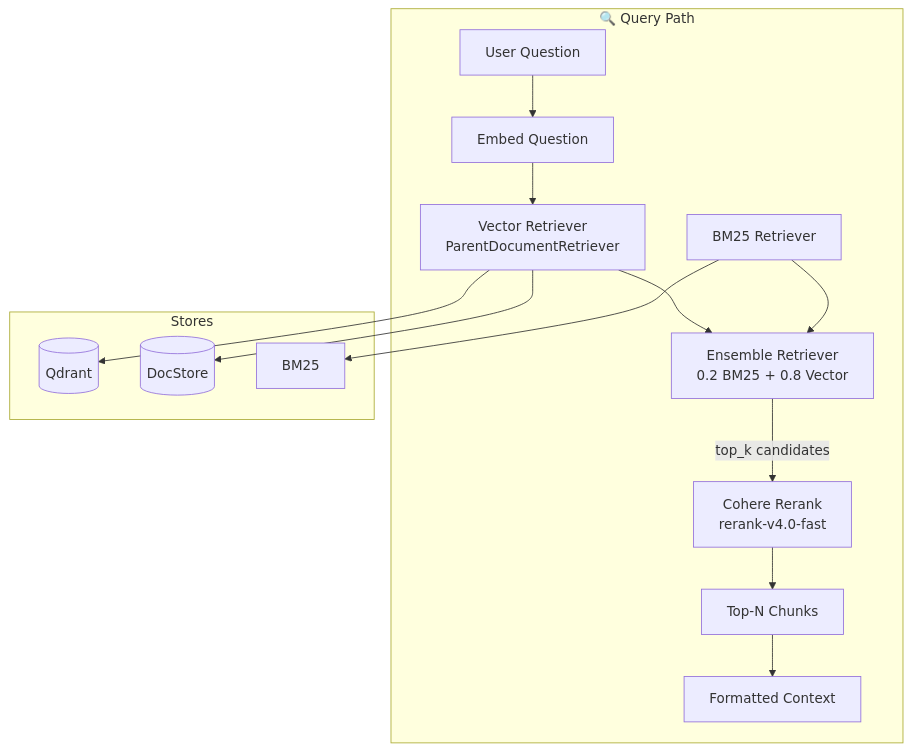
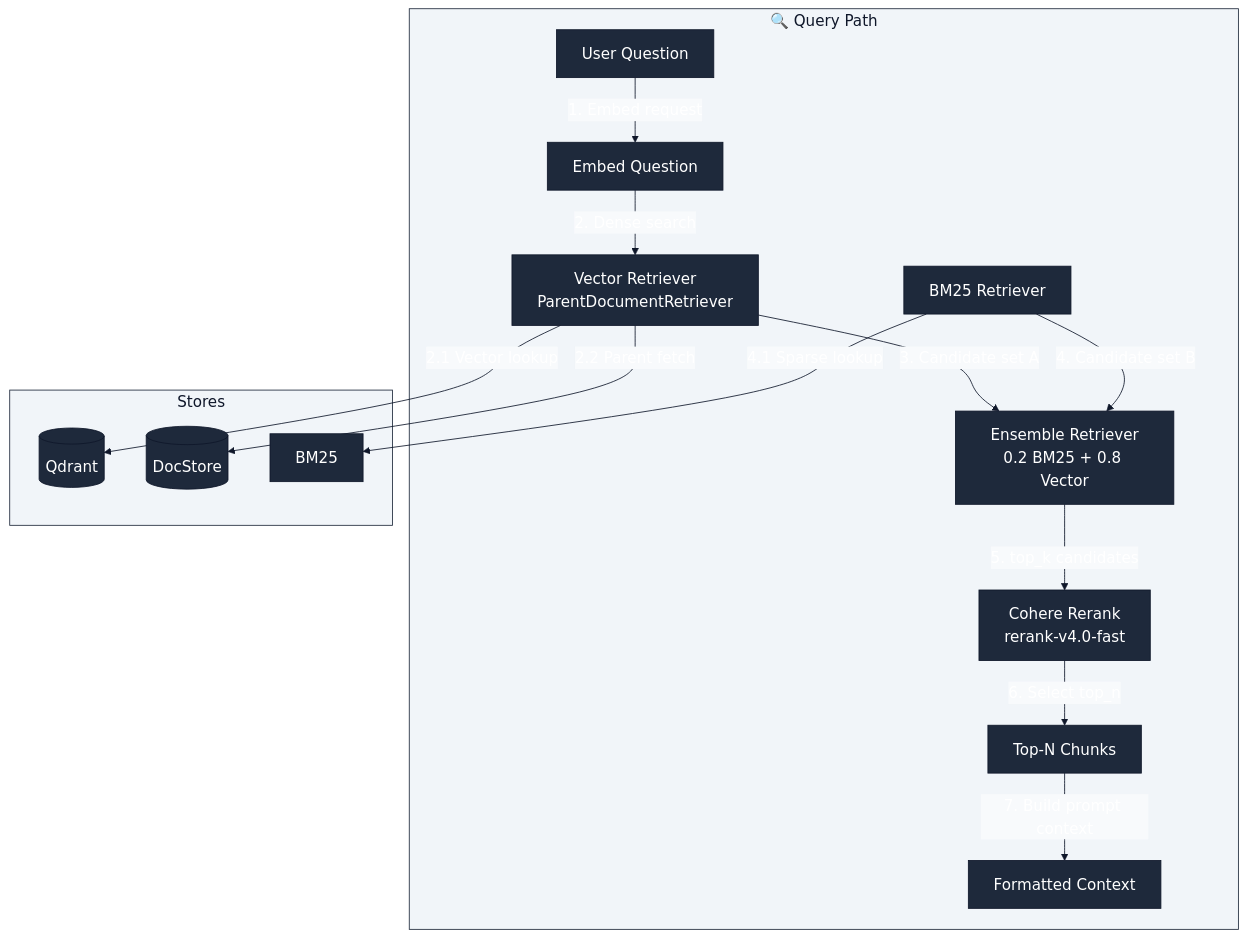
The third of 6 diagrams in README.md (adrian-barcan/AIE9-Certification-Challenge), drawn with Mermaid before and after one commit. The commit also changed other lines of this file and 15 other files, not shown here.

````diff
--- a/README.md
+++ b/README.md
@@ -134,30 +136,31 @@
 ```mermaid
+%%{init: {'theme':'base', 'themeVariables': {'primaryColor':'#1e293b','primaryTextColor':'#ffffff','primaryBorderColor':'#0f172a','secondaryColor':'#334155','secondaryTextColor':'#ffffff','secondaryBorderColor':'#0f172a','tertiaryColor':'#475569','tertiaryTextColor':'#ffffff','tertiaryBorderColor':'#0f172a','lineColor':'#0f172a','fontSize':'18px','edgeLabelBackground':'#f8fafc','nodeBorder':'#0f172a','nodeTextColor':'#ffffff','clusterBkg':'#f1f5f9','clusterBorder':'#1e293b','titleColor':'#0f172a'}}}%%
 flowchart TB
     subgraph Query["🔍 Query Path"]
         Q[User Question]
         EmbQ[Embed Question]
         VecRet[Vector Retriever<br/>ParentDocumentRetriever]
         BM25[BM25 Retriever]
         Ensemble[Ensemble Retriever<br/>0.2 BM25 + 0.8 Vector]
         Rerank[Cohere Rerank<br/>rerank-v4.0-fast]
         TopN[Top-N Chunks]
         Format[Formatted Context]
-        Q --> EmbQ
-        EmbQ --> VecRet
-        VecRet --> Ensemble
-        BM25 --> Ensemble
-        Ensemble -->|top_k candidates| Rerank
-        Rerank --> TopN
-        TopN --> Format
+        Q -->|"1. Embed request"| EmbQ
+        EmbQ -->|"2. Dense search"| VecRet
+        VecRet -->|"3. Candidate set A"| Ensemble
+        BM25 -->|"4. Candidate set B"| Ensemble
+        Ensemble -->|"5. top_k candidates"| Rerank
+        Rerank -->|"6. Select top_n"| TopN
+        TopN -->|"7. Build prompt context"| Format
     end
 
     subgraph Stores["Stores"]
         Qdrant[(Qdrant)]
         DocStore[(DocStore)]
         BM25Idx[BM25]
     end
 
-    VecRet --> Qdrant
-    VecRet --> DocStore
-    BM25 --> BM25Idx
+    VecRet -->|"2.1 Vector lookup"| Qdrant
+    VecRet -->|"2.2 Parent fetch"| DocStore
+    BM25 -->|"4.1 Sparse lookup"| BM25Idx
 ```
````
